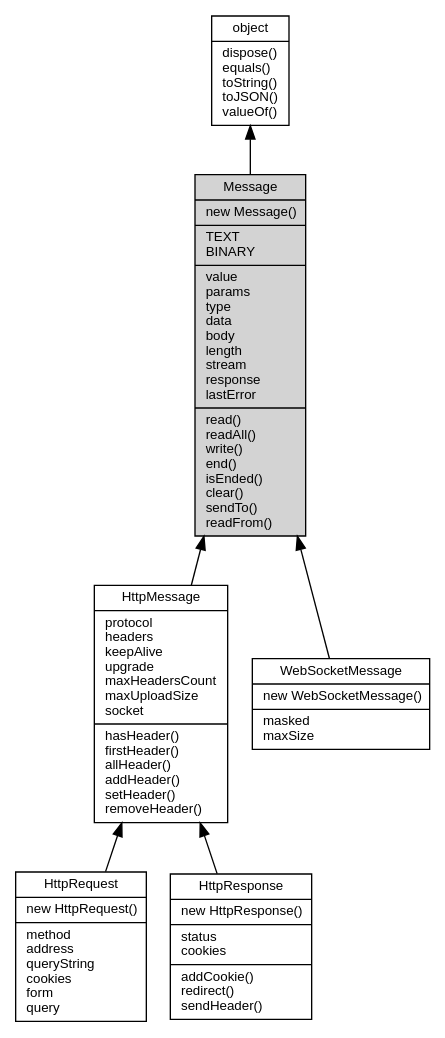
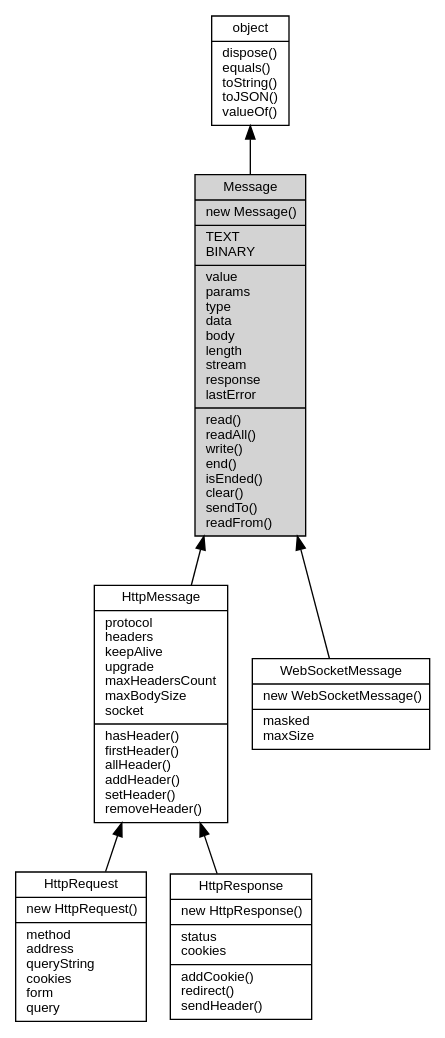
Before and after one commit to fibjs/fibjs.org: the diagram in docs/manual/object/ifs/Message.md, drawn with Graphviz. The commit also changed 26 other files, not shown here.

````diff
--- a/docs/manual/object/ifs/Message.md
+++ b/docs/manual/object/ifs/Message.md
@@ -12,18 +12,18 @@
 ```dot
 digraph {
     node [fontname="Helvetica,sans-Serif", fontsize=10, shape="record", style="filled", fillcolor="white"];
 
     object [tooltip="object", URL="object.md", label="{object|dispose()\lequals()\ltoString()\ltoJSON()\lvalueOf()\l}"];
     Message [tooltip="Message", fillcolor="lightgray", label="{Message|new Message()\l|TEXT\lBINARY\l|value\lparams\ltype\ldata\lbody\llength\lstream\lresponse\llastError\l|read()\lreadAll()\lwrite()\lend()\lisEnded()\lclear()\lsendTo()\lreadFrom()\l}"];
-    HttpMessage [tooltip="HttpMessage", URL="HttpMessage.md", label="{HttpMessage|protocol\lheaders\lkeepAlive\lupgrade\lmaxHeadersCount\lmaxUploadSize\lsocket\l|hasHeader()\lfirstHeader()\lallHeader()\laddHeader()\lsetHeader()\lremoveHeader()\l}"];
+    HttpMessage [tooltip="HttpMessage", URL="HttpMessage.md", label="{HttpMessage|protocol\lheaders\lkeepAlive\lupgrade\lmaxHeadersCount\lmaxBodySize\lsocket\l|hasHeader()\lfirstHeader()\lallHeader()\laddHeader()\lsetHeader()\lremoveHeader()\l}"];
     HttpRequest [tooltip="HttpRequest", URL="HttpRequest.md", label="{HttpRequest|new HttpRequest()\l|method\laddress\lqueryString\lcookies\lform\lquery\l}"];
     HttpResponse [tooltip="HttpResponse", URL="HttpResponse.md", label="{HttpResponse|new HttpResponse()\l|status\lcookies\l|addCookie()\lredirect()\lsendHeader()\l}"];
     WebSocketMessage [tooltip="WebSocketMessage", URL="WebSocketMessage.md", label="{WebSocketMessage|new WebSocketMessage()\l|masked\lmaxSize\l}"];
 
     object -> Message [dir=back];
     Message -> HttpMessage [dir=back];
     HttpMessage -> HttpRequest [dir=back];
     HttpMessage -> HttpResponse [dir=back];
     Message -> WebSocketMessage [dir=back];
 }
 ```
````
